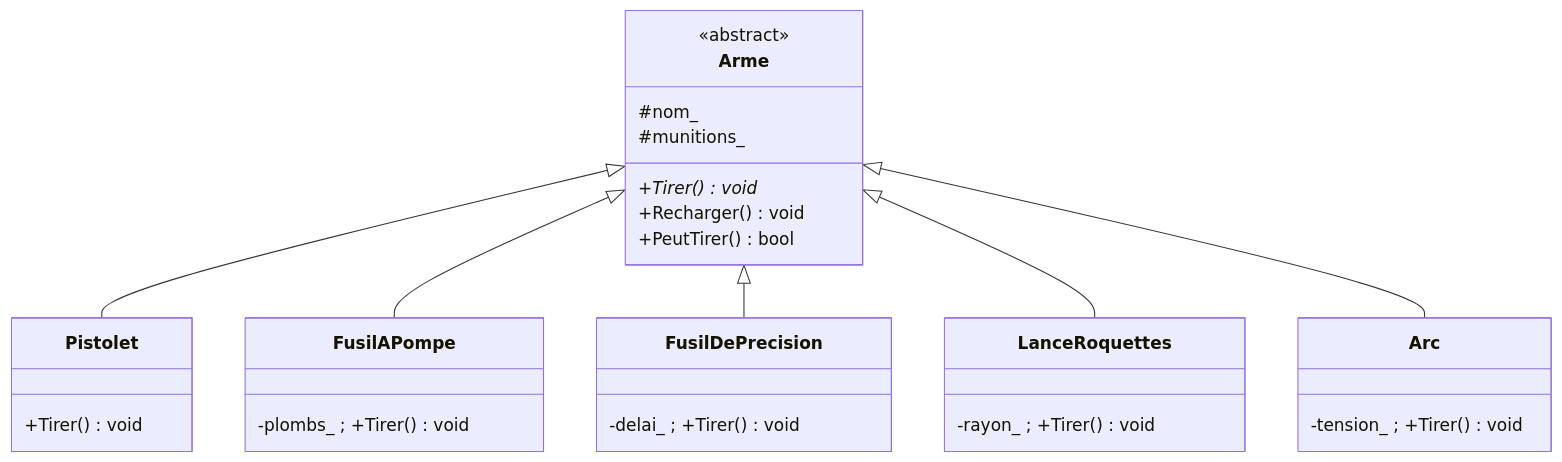
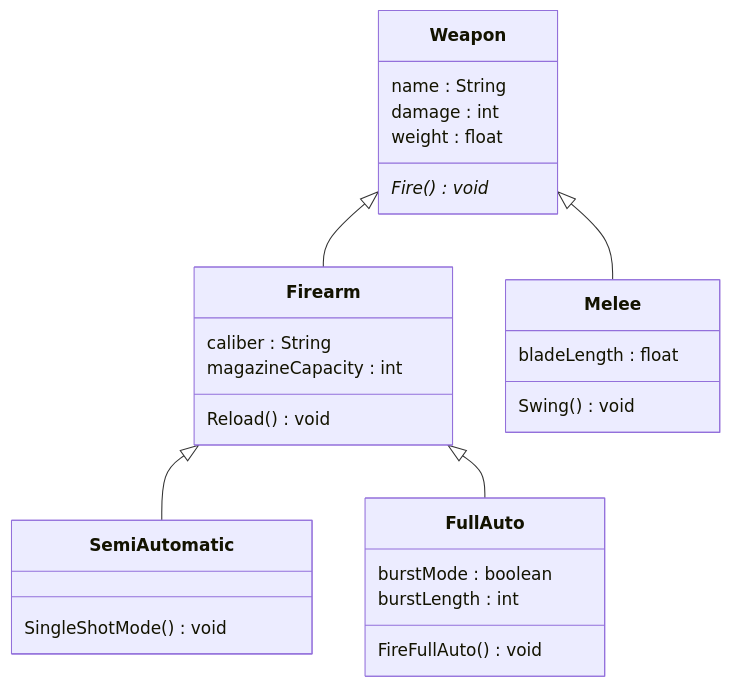
The diagram in 01 courses/projects/C++/Formative - OOP - L'armurerie.md (StudioAlbert/Knowledges), drawn with Mermaid before and after one commit. The commit also changed other lines of this file and 6 other files, not shown here.

````diff
--- a/01 courses/projects/C++/Formative - OOP - L'armurerie.md
+++ b/01 courses/projects/C++/Formative - OOP - L'armurerie.md
@@ -40,21 +23,30 @@
 ```mermaid
 classDiagram
-    class Arme {
-        <<abstract>>
-        #nom_
-        #munitions_
-        +Tirer()* void
-        +Recharger() void
-        +PeutTirer() bool
+    class Weapon {
+        name : String
+        damage : int
+        weight : float
+        Fire()* void
     }
-    class Pistolet { +Tirer() void }
-    class FusilAPompe { -plombs_ ; +Tirer() void }
-    class FusilDePrecision { -delai_ ; +Tirer() void }
-    class LanceRoquettes { -rayon_ ; +Tirer() void }
-    class Arc { -tension_ ; +Tirer() void }
-    Arme <|-- Pistolet
-    Arme <|-- FusilAPompe
-    Arme <|-- FusilDePrecision
-    Arme <|-- LanceRoquettes
-    Arme <|-- Arc
+    class Firearm {
+        caliber : String
+        magazineCapacity : int
+        Reload() void
+    }
+    class Melee {
+        bladeLength : float
+        Swing() void
+    }
+    class SemiAutomatic {
+        SingleShotMode() void
+    }
+    class FullAuto {
+        burstMode : boolean
+        burstLength : int
+        FireFullAuto() void
+    }
+    Weapon <|-- Firearm
+    Weapon <|-- Melee
+    Firearm <|-- SemiAutomatic
+    Firearm <|-- FullAuto
 ```
````
